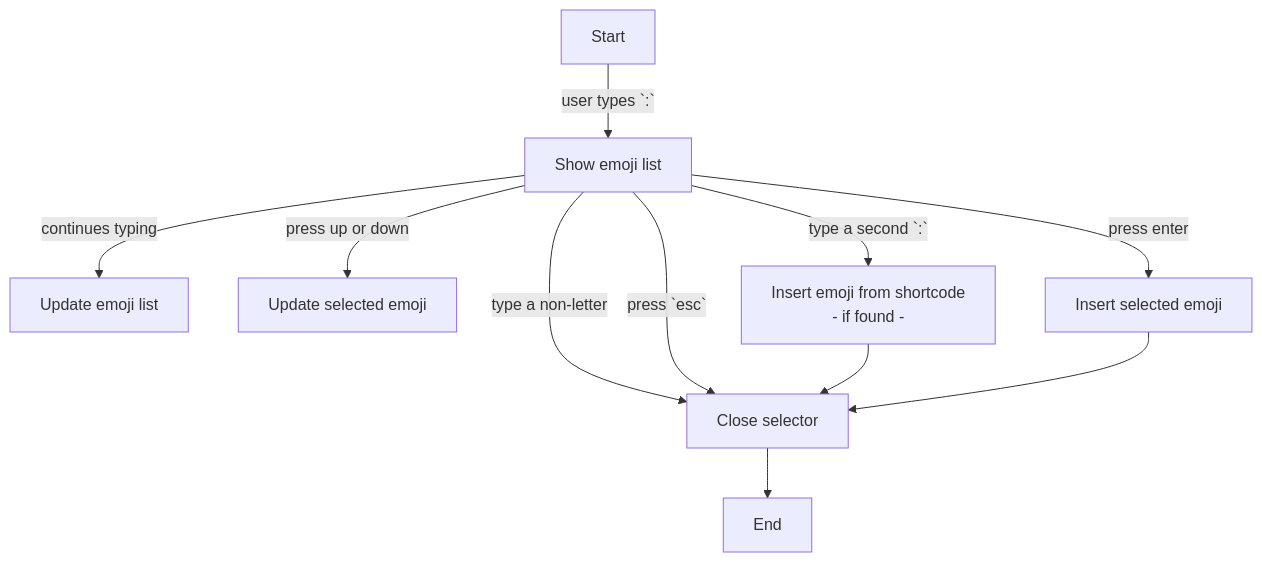
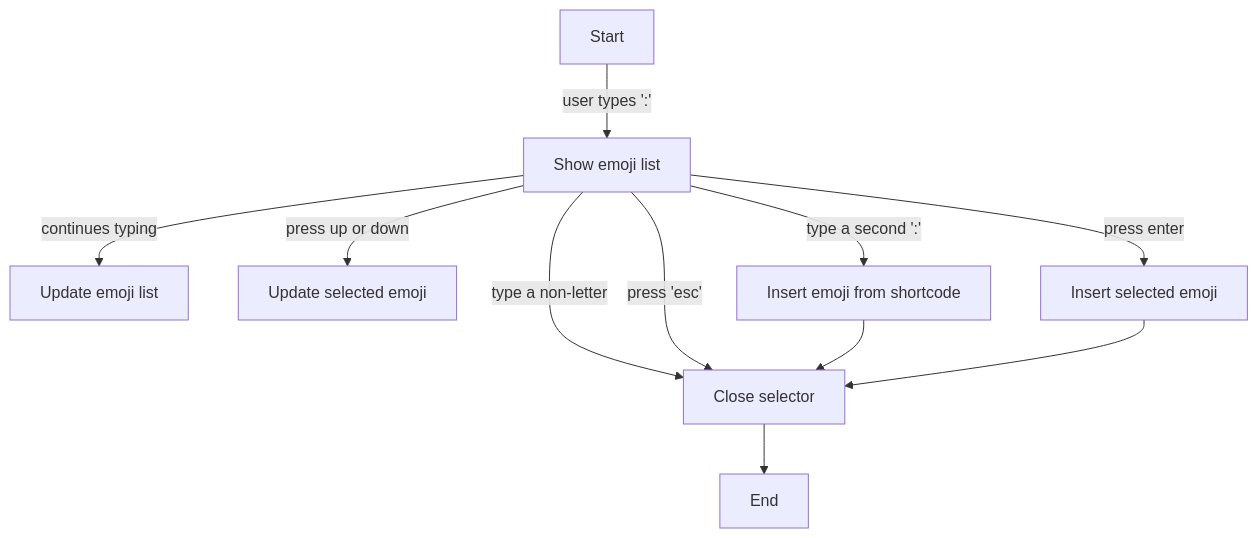
Before and after one commit to Choucroute-melba/emoji: the diagram in readme.md, drawn with Mermaid.

````diff
--- a/readme.md
+++ b/readme.md
@@ -24,13 +24,13 @@
 ```mermaid
 graph TD
-    A[Start] -->|user types `:`| B[Show emoji list]
+    A[Start] -->|user types ':'| B[Show emoji list]
     B -->|continues typing| C[Update emoji list]
     B -->|press up or down| F[Update selected emoji]
     B -->|press enter| G[Insert selected emoji]
     B -->|type a non-letter| E[Close selector]
-    B -->|press `esc`| E[Close selector]
-    B -->|type a second `:`| D[Insert emoji from shortcode\n- if found -]
+    B -->|press 'esc'| E[Close selector]
+    B -->|type a second ':'| D[Insert emoji from shortcode]
     D --> E
     G --> E
     E --> J[End]
 ```
````
